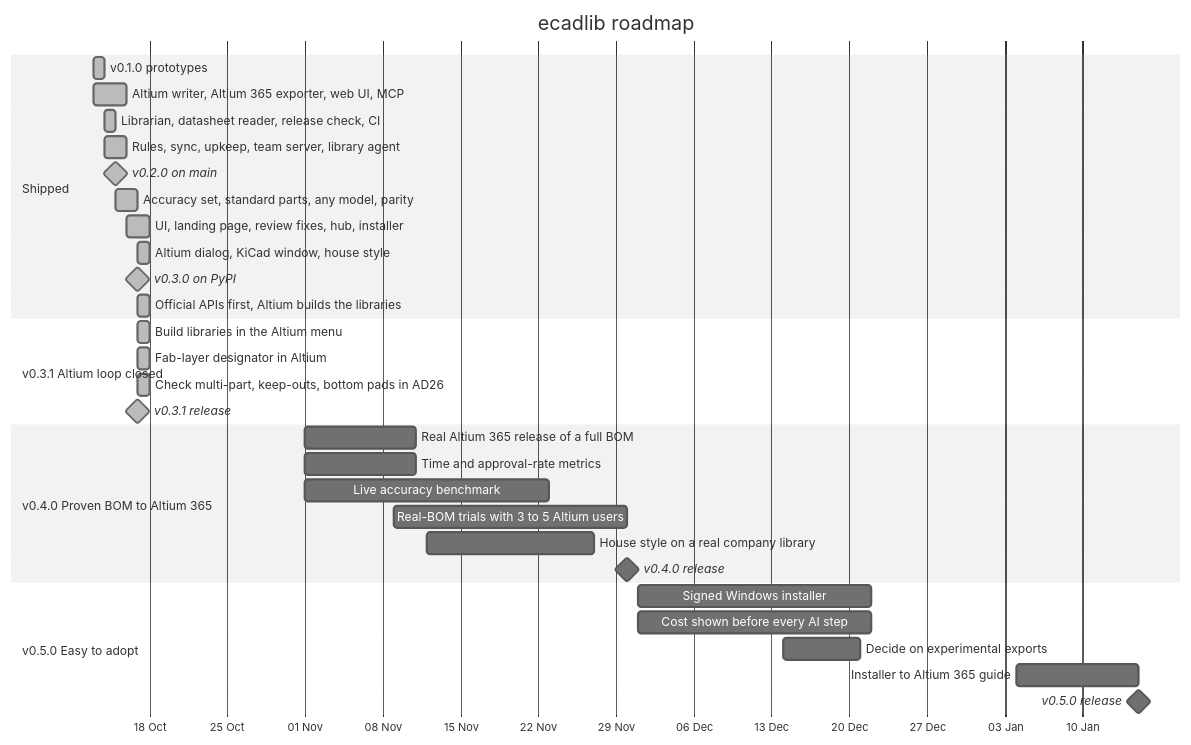
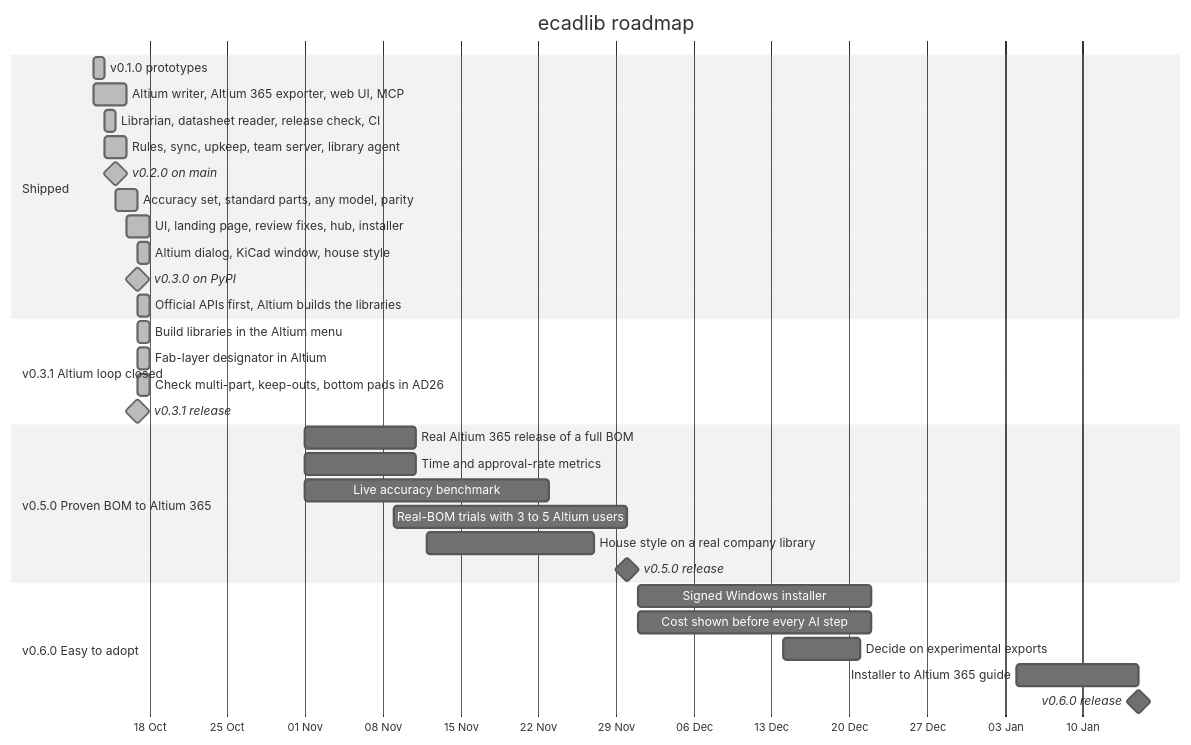
Before and after one commit to oliBrowne/PCBLIVINGLIBRARY: the diagram in ROADMAP.md, drawn with Mermaid (neutral theme). The commit also changed other lines of this file and 4 other files, not shown here.

First line of the commit message:
Release 0.4.0: version, changelog section, roadmap milestones renumbered

````diff
--- a/ROADMAP.md
+++ b/ROADMAP.md
@@ -114,39 +115,39 @@
 ```mermaid
 gantt
     title ecadlib roadmap
     dateFormat YYYY-MM-DD
     axisFormat %d %b
 
     section Shipped
     v0.1.0 prototypes                                  :done, s0, 2026-10-13, 1d
     Altium writer, Altium 365 exporter, web UI, MCP     :done, s1, 2026-10-13, 3d
     Librarian, datasheet reader, release check, CI      :done, s2, 2026-10-14, 1d
     Rules, sync, upkeep, team server, library agent     :done, s3, 2026-10-14, 2d
     v0.2.0 on main                                     :milestone, done, m2, 2026-10-15, 0d
     Accuracy set, standard parts, any model, parity     :done, s4, 2026-10-15, 2d
     UI, landing page, review fixes, hub, installer      :done, s5, 2026-10-16, 2d
     Altium dialog, KiCad window, house style            :done, s6, 2026-10-17, 1d
     v0.3.0 on PyPI                                     :milestone, done, m3, 2026-10-17, 0d
     Official APIs first, Altium builds the libraries    :done, s7, 2026-10-17, 1d
 
     section v0.3.1 Altium loop closed
     Build libraries in the Altium menu                  :done, p1, 2026-10-17, 1d
     Fab-layer designator in Altium                      :done, p2, 2026-10-17, 1d
     Check multi-part, keep-outs, bottom pads in AD26    :done, p3, 2026-10-17, 1d
     v0.3.1 release                                     :milestone, done, r1, 2026-10-17, 0d
 
-    section v0.4.0 Proven BOM to Altium 365
+    section v0.5.0 Proven BOM to Altium 365
     Real Altium 365 release of a full BOM               :p10, 2026-11-01, 10d
     Time and approval-rate metrics                      :p7, 2026-11-01, 10d
     Live accuracy benchmark                             :p5, 2026-11-01, 22d
     Real-BOM trials with 3 to 5 Altium users            :p6, 2026-11-09, 21d
     House style on a real company library               :p9, 2026-11-12, 15d
-    v0.4.0 release                                     :milestone, r2, 2026-11-30, 0d
+    v0.5.0 release                                     :milestone, r2, 2026-11-30, 0d
 
-    section v0.5.0 Easy to adopt
+    section v0.6.0 Easy to adopt
     Signed Windows installer                            :p11, 2026-12-01, 21d
     Cost shown before every AI step                     :p12, 2026-12-01, 21d
     Decide on experimental exports                      :p13, 2026-12-14, 7d
     Installer to Altium 365 guide                       :p14, 2027-01-04, 11d
-    v0.5.0 release                                     :milestone, r3, 2027-01-15, 0d
+    v0.6.0 release                                     :milestone, r3, 2027-01-15, 0d
 ```
````
